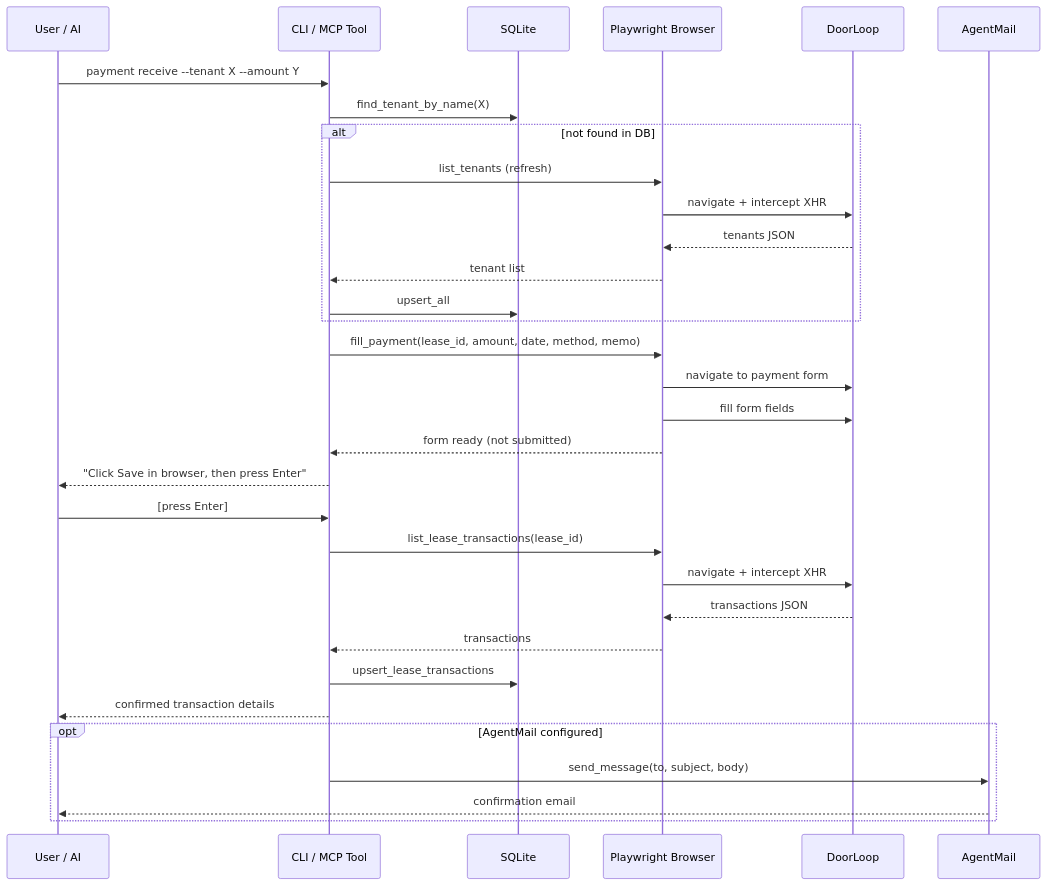
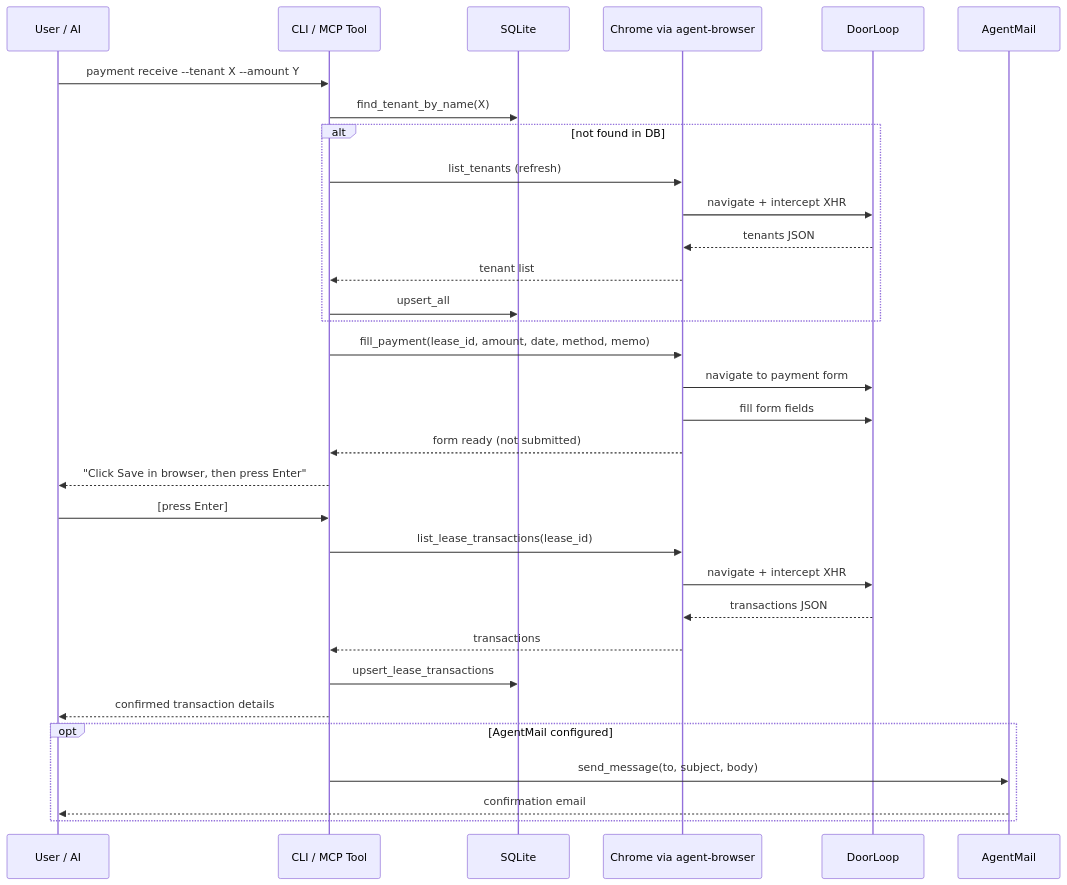
One commit to ajaya/doorloop-app changed the third of 3 diagrams in README.md. Above: the diagram before and after it, drawn with Mermaid. The commit also changed other lines of this file and 50 other files, not shown here.

First line of the commit message:
feat(browser): Use local agent-browser and persistent browser API access

````diff
--- a/README.md
+++ b/README.md
@@ -263,35 +301,35 @@
 ```mermaid
 sequenceDiagram
     participant U as User / AI
     participant CLI as CLI / MCP Tool
     participant DB as SQLite
-    participant PW as Playwright Browser
+    participant PW as Chrome via agent-browser
     participant DL as DoorLoop
     participant AM as AgentMail
 
     U->>CLI: payment receive --tenant X --amount Y
     CLI->>DB: find_tenant_by_name(X)
     alt not found in DB
         CLI->>PW: list_tenants (refresh)
         PW->>DL: navigate + intercept XHR
         DL-->>PW: tenants JSON
         PW-->>CLI: tenant list
         CLI->>DB: upsert_all
     end
     CLI->>PW: fill_payment(lease_id, amount, date, method, memo)
     PW->>DL: navigate to payment form
     PW->>DL: fill form fields
     PW-->>CLI: form ready (not submitted)
     CLI-->>U: "Click Save in browser, then press Enter"
     U->>CLI: [press Enter]
     CLI->>PW: list_lease_transactions(lease_id)
     PW->>DL: navigate + intercept XHR
     DL-->>PW: transactions JSON
     PW-->>CLI: transactions
     CLI->>DB: upsert_lease_transactions
     CLI-->>U: confirmed transaction details
     opt AgentMail configured
         CLI->>AM: send_message(to, subject, body)
         AM-->>U: confirmation email
     end
 ```
````
